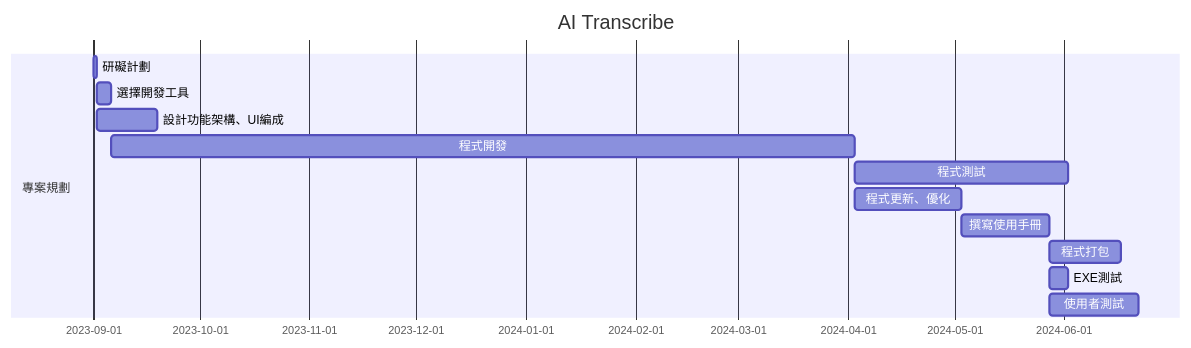
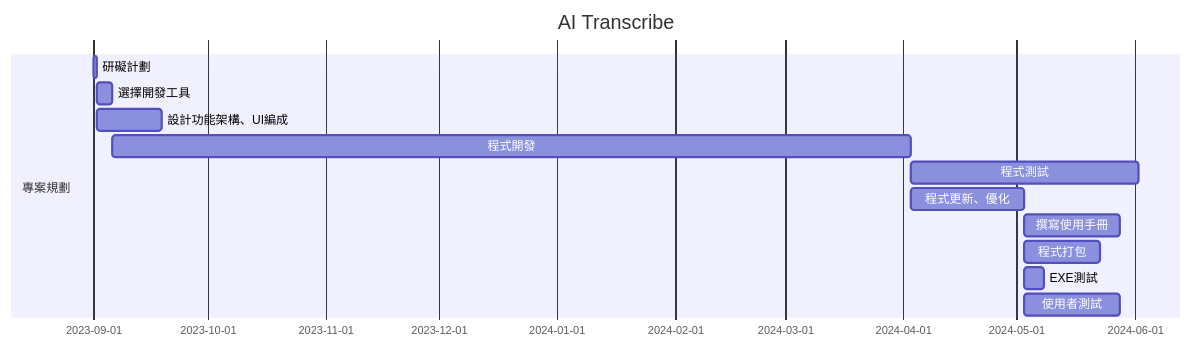
Before and after one commit to MITC110118132/23a: the third of 4 diagrams in hw2.md, drawn with Mermaid.

````diff
--- a/hw2.md
+++ b/hw2.md
@@ -34,16 +34,16 @@
 ```mermaid
 gantt
     title AI Transcribe
 
     section 專案規劃
     研礙計劃           :a1, 2023-09-01, 1d
     選擇開發工具           :a2, after a1  , 4d
     設計功能架構、UI編成           :a3, after a1  , 17d
     程式開發           :a4, after a2  , 210d
     程式測試           :a5, after a4  , 60d
     程式更新、優化           :a6, after a4  , 30d
     撰寫使用手冊        :a7, after a6  , 25d
-    程式打包           :a8, after a7  , 20d
-    EXE測試           :a9, after a7  , 5d
-    使用者測試         :a10, after a7  , 25d
+    程式打包           :a8, after a6  , 20d
+    EXE測試           :a9, after a6  , 5d
+    使用者測試         :a10, after a6  , 25d
 ```
````
